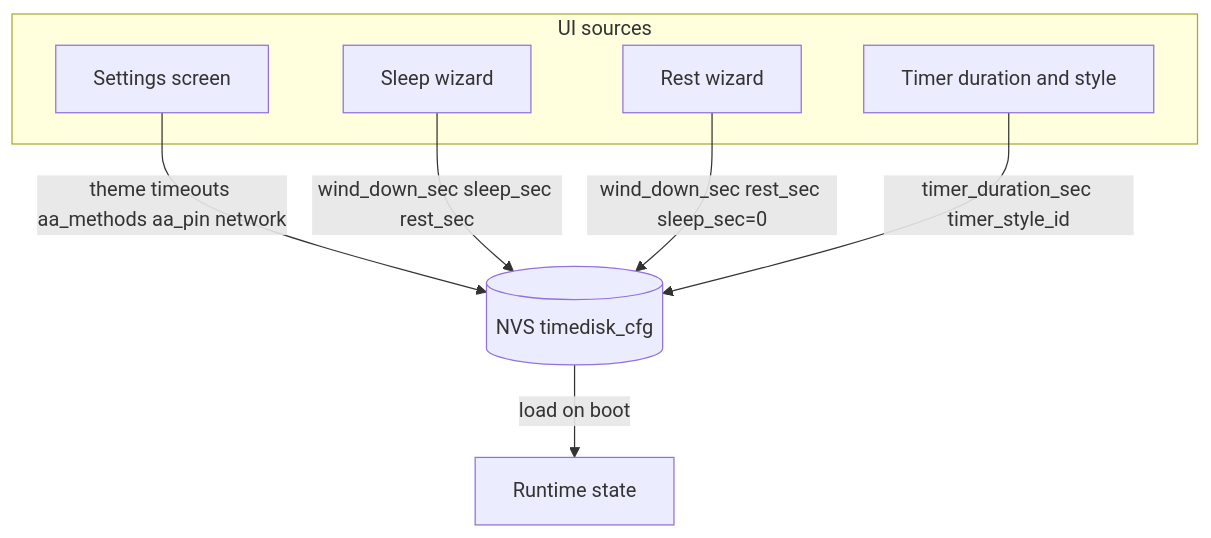
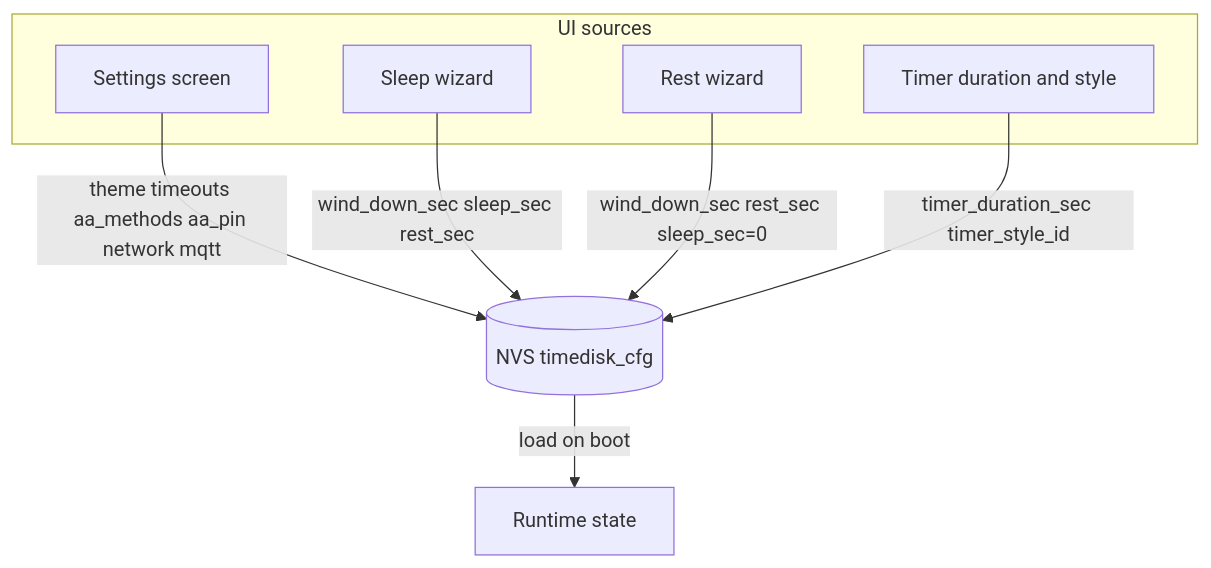
The second of 5 diagrams in docs/data_flow.md (mattlat21/TimeDisk), drawn with Mermaid before and after one commit. The commit also changed other lines of this file and 39 other files, not shown here.

````diff
--- a/docs/data_flow.md
+++ b/docs/data_flow.md
@@ -71,18 +71,18 @@
 ```mermaid
 flowchart TB
     subgraph sources [UI sources]
         settings[Settings screen]
         sleepWizard[Sleep wizard]
         restWizard[Rest wizard]
         timerSetup[Timer duration and style]
     end
 
     nvs[(NVS timedisk_cfg)]
 
-    settings -->|"theme timeouts aa_methods aa_pin network"| nvs
+    settings -->|"theme timeouts aa_methods aa_pin network mqtt"| nvs
     sleepWizard -->|"wind_down_sec sleep_sec rest_sec"| nvs
     restWizard -->|"wind_down_sec rest_sec sleep_sec=0"| nvs
     timerSetup -->|"timer_duration_sec timer_style_id"| nvs
 
     nvs -->|"load on boot"| runtime[Runtime state]
 ```
````
